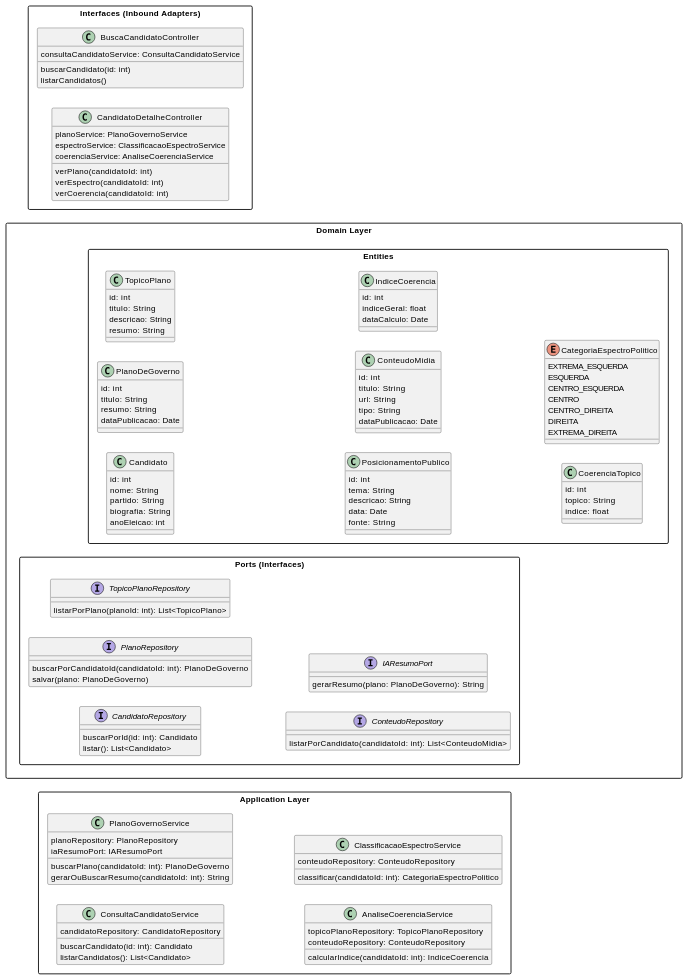
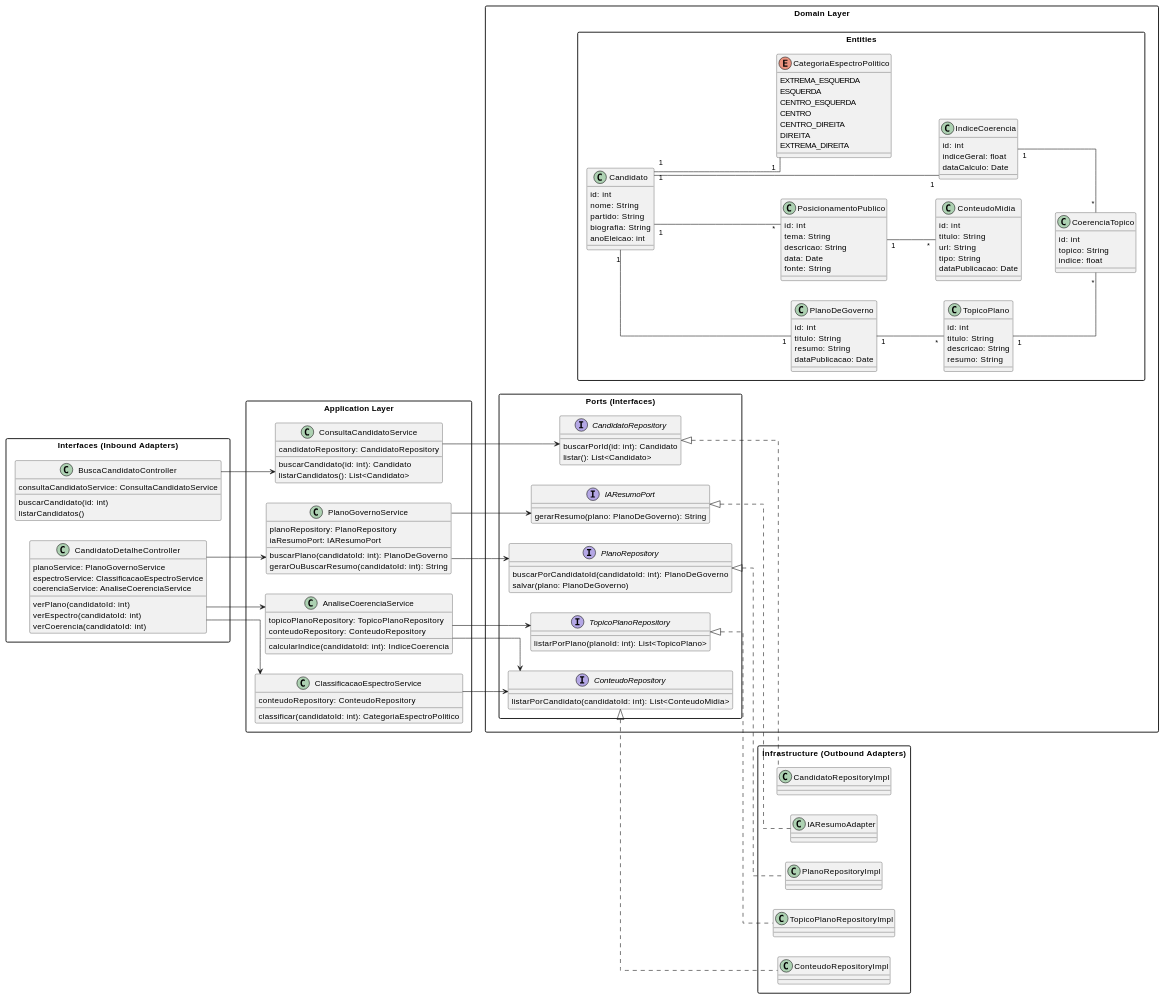
The diagram in Documentação /04 - Implementação/Diagrama_de_Classes_de_Implementação.md (gabrielfaravola/ProjetoEngenharia), drawn with PlantUML before and after one commit.

Commit message:
Update class diagram in implementation documentation

````diff
--- a/Documentação /04 - Implementação/Diagrama_de_Classes_de_Implementação.md
+++ b/Documentação /04 - Implementação/Diagrama_de_Classes_de_Implementação.md
@@ -155,4 +155,59 @@
 }
 
 }
+}
+
+package "Infrastructure (Outbound Adapters)" {
+
+class CandidatoRepositoryImpl
+class PlanoRepositoryImpl
+class TopicoPlanoRepositoryImpl
+class ConteudoRepositoryImpl
+class IAResumoAdapter
+
+}
+
+' Inbound → Application
+
+BuscaCandidatoController --> ConsultaCandidatoService
+
+CandidatoDetalheController --> PlanoGovernoService
+CandidatoDetalheController --> ClassificacaoEspectroService
+CandidatoDetalheController --> AnaliseCoerenciaService
+
+' Application → Ports
+
+ConsultaCandidatoService --> CandidatoRepository
+
+PlanoGovernoService --> PlanoRepository
+PlanoGovernoService --> IAResumoPort
+
+AnaliseCoerenciaService --> TopicoPlanoRepository
+AnaliseCoerenciaService --> ConteudoRepository
+
+ClassificacaoEspectroService --> ConteudoRepository
+
+' Ports → Infrastructure
+
+CandidatoRepository <|.. CandidatoRepositoryImpl
+PlanoRepository <|.. PlanoRepositoryImpl
+TopicoPlanoRepository <|.. TopicoPlanoRepositoryImpl
+ConteudoRepository <|.. ConteudoRepositoryImpl
+IAResumoPort <|.. IAResumoAdapter
+
+' Domain relationships
+
+Candidato "1" -- "1" PlanoDeGoverno
+Candidato "1" -- "1" IndiceCoerencia
+Candidato "1" -- "1" CategoriaEspectroPolitico
+
+PlanoDeGoverno "1" -- "*" TopicoPlano
+
+Candidato "1" -- "*" PosicionamentoPublico
+PosicionamentoPublico "1" -- "*" ConteudoMidia
+
+IndiceCoerencia "1" -- "*" CoerenciaTopico
+TopicoPlano "1" -- "*" CoerenciaTopico
+
+@enduml
 ```
````
